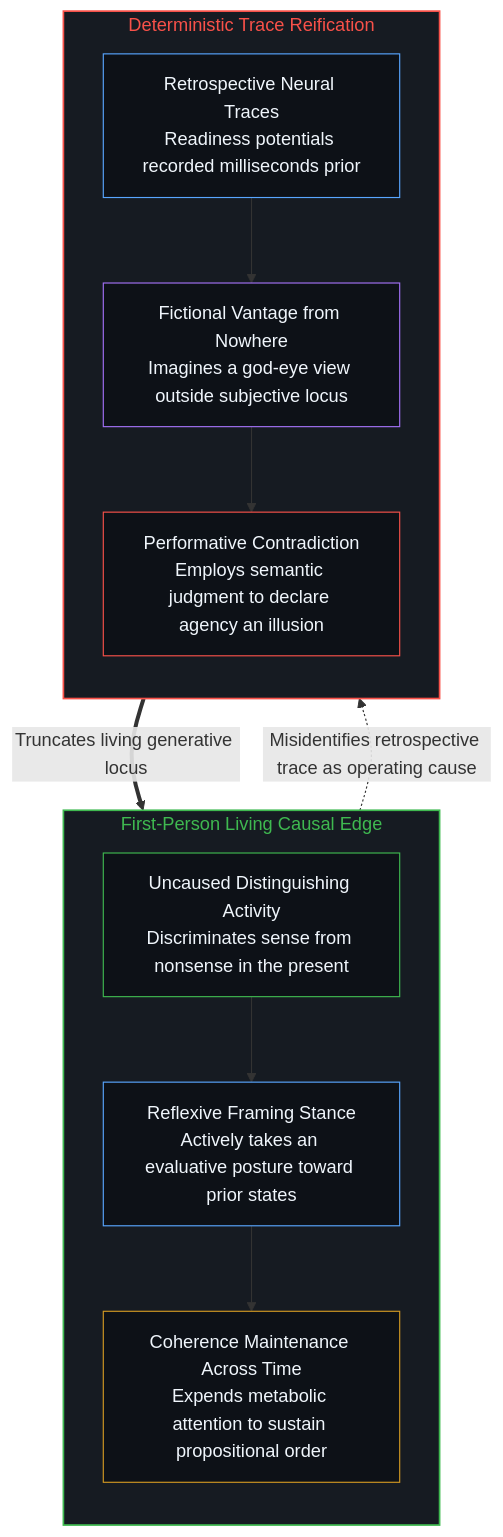
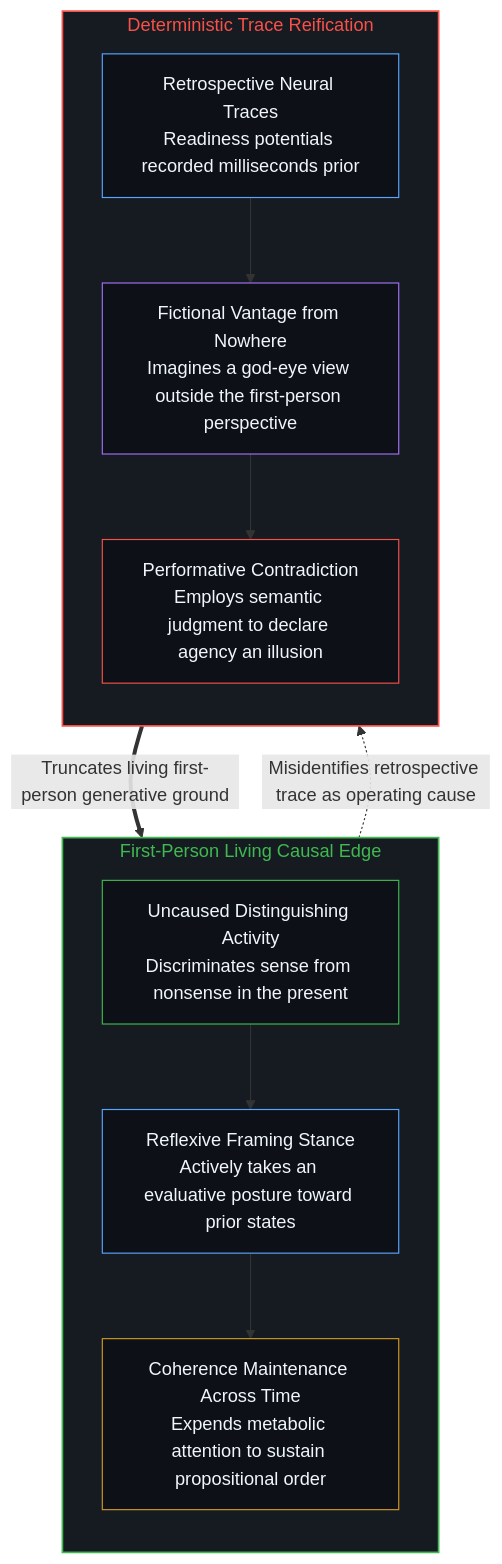
The second of 4 diagrams in content/posts/the-freedom-of-will-to-deny-itself.md (powerpig99/not-a-toe), drawn with Mermaid before and after one commit. The commit also changed other lines of this file and 18 other files, not shown here.

````diff
--- a/content/posts/the-freedom-of-will-to-deny-itself.md
+++ b/content/posts/the-freedom-of-will-to-deny-itself.md
@@ -53,23 +53,23 @@
 ```mermaid
 graph TD
     subgraph S_LivingEdge ["First-Person Living Causal Edge"]
         direction TB
         LE1["Uncaused Distinguishing Activity<br/>Discriminates sense from nonsense in the present"] --> LE2["Reflexive Framing Stance<br/>Actively takes an evaluative posture toward prior states"]
         LE2 --> LE3["Coherence Maintenance Across Time<br/>Expends metabolic attention to sustain propositional order"]
     end
     subgraph S_TraceReification ["Deterministic Trace Reification"]
         direction TB
-        TR1["Retrospective Neural Traces<br/>Readiness potentials recorded milliseconds prior"] --> TR2["Fictional Vantage from Nowhere<br/>Imagines a god-eye view outside subjective locus"]
+        TR1["Retrospective Neural Traces<br/>Readiness potentials recorded milliseconds prior"] --> TR2["Fictional Vantage from Nowhere<br/>Imagines a god-eye view outside the first-person perspective"]
         TR2 --> TR3["Performative Contradiction<br/>Employs semantic judgment to declare agency an illusion"]
     end
     LE2 -.->|"Misidentifies retrospective trace as operating cause"| TR2
-    TR3 ==>|"Truncates living generative locus"| LE1
+    TR3 ==>|"Truncates living first-person generative ground"| LE1
     style S_LivingEdge fill:#161b22,stroke:#3fb950,stroke-width:1.5px,color:#3fb950
     style S_TraceReification fill:#161b22,stroke:#f85149,stroke-width:1.5px,color:#f85149
     style LE1 fill:#0d1117,stroke:#3fb950,stroke-width:1px,color:#f0f6fc
     style LE2 fill:#0d1117,stroke:#58a6ff,stroke-width:1px,color:#f0f6fc
     style LE3 fill:#0d1117,stroke:#d29922,stroke-width:1px,color:#f0f6fc
     style TR1 fill:#0d1117,stroke:#58a6ff,stroke-width:1px,color:#f0f6fc
     style TR2 fill:#0d1117,stroke:#a371f7,stroke-width:1px,color:#f0f6fc
     style TR3 fill:#0d1117,stroke:#f85149,stroke-width:1px,color:#f0f6fc
 ```
````
